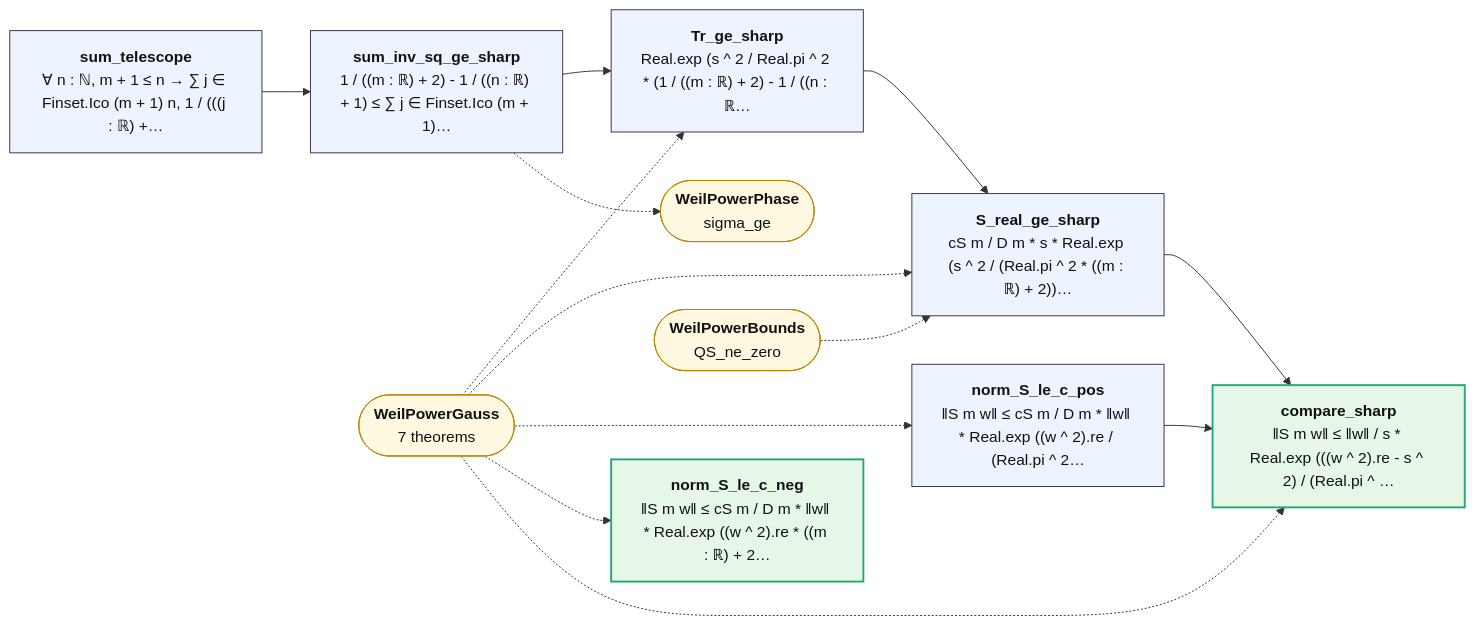
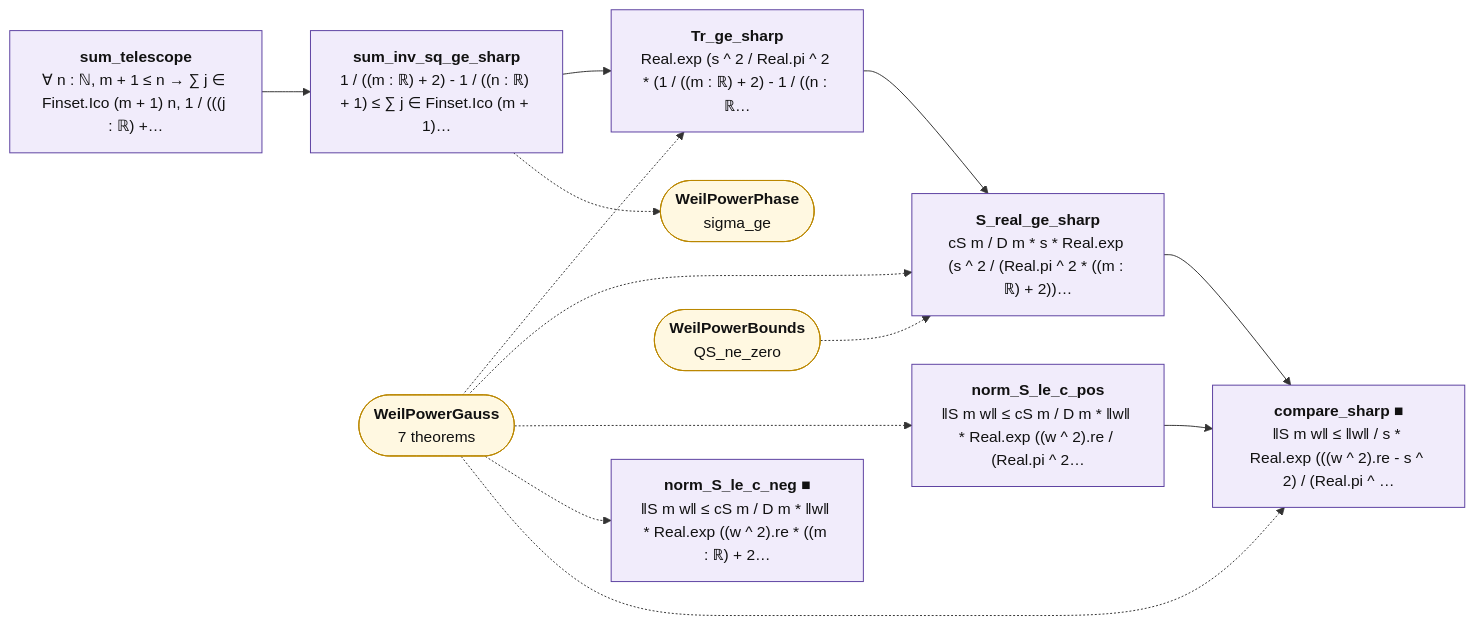
The diagram in map/lean_stage3/WeilPowerSharp.md (juliansambranojr/Primebeat_081426), drawn with Mermaid before and after one commit. The commit also changed other lines of this file and 398 other files, not shown here.

````diff
--- a/map/lean_stage3/WeilPowerSharp.md
+++ b/map/lean_stage3/WeilPowerSharp.md
@@ -12,30 +12,33 @@
 ```mermaid
 flowchart LR
-  n0["<b>sum_telescope</b><br/>∀ n : ℕ, m + 1 ≤ n → ∑ j ∈ Finset.Ico (m + 1) n, 1 / (((j : ℝ) +…"]:::thm
-  n1["<b>sum_inv_sq_ge_sharp</b><br/>1 / ((m : ℝ) + 2) - 1 / ((n : ℝ) + 1) ≤ ∑ j ∈ Finset.Ico (m + 1)…"]:::thm
-  n2["<b>Tr_ge_sharp</b><br/>Real.exp (s ^ 2 / Real.pi ^ 2 * (1 / ((m : ℝ) + 2) - 1 / ((n : ℝ…"]:::thm
-  n3["<b>S_real_ge_sharp</b><br/>cS m / D m * s * Real.exp (s ^ 2 / (Real.pi ^ 2 * ((m : ℝ) + 2))…"]:::thm
-  n4["<b>norm_S_le_c_pos</b><br/>‖S m w‖ ≤ cS m / D m * ‖w‖ * Real.exp ((w ^ 2).re / (Real.pi ^ 2…"]:::thm
-  n5["<b>norm_S_le_c_neg</b><br/>‖S m w‖ ≤ cS m / D m * ‖w‖ * Real.exp ((w ^ 2).re * ((m : ℝ) + 2…"]:::end_
-  n6["<b>compare_sharp</b><br/>‖S m w‖ ≤ ‖w‖ / s * Real.exp (((w ^ 2).re - s ^ 2) / (Real.pi ^ …"]:::end_
+  n0["<b>sum_telescope</b><br/>∀ n : ℕ, m + 1 ≤ n → ∑ j ∈ Finset.Ico (m + 1) n, 1 / (((j : ℝ) +…"]:::shp
+  n1["<b>sum_inv_sq_ge_sharp</b><br/>1 / ((m : ℝ) + 2) - 1 / ((n : ℝ) + 1) ≤ ∑ j ∈ Finset.Ico (m + 1)…"]:::shp
+  n2["<b>Tr_ge_sharp</b><br/>Real.exp (s ^ 2 / Real.pi ^ 2 * (1 / ((m : ℝ) + 2) - 1 / ((n : ℝ…"]:::shp
+  n3["<b>S_real_ge_sharp</b><br/>cS m / D m * s * Real.exp (s ^ 2 / (Real.pi ^ 2 * ((m : ℝ) + 2))…"]:::shp
+  n4["<b>norm_S_le_c_pos</b><br/>‖S m w‖ ≤ cS m / D m * ‖w‖ * Real.exp ((w ^ 2).re / (Real.pi ^ 2…"]:::shp
+  n5["<b>norm_S_le_c_neg ■</b><br/>‖S m w‖ ≤ cS m / D m * ‖w‖ * Real.exp ((w ^ 2).re * ((m : ℝ) + 2…"]:::shp
+  n6["<b>compare_sharp ■</b><br/>‖S m w‖ ≤ ‖w‖ / s * Real.exp (((w ^ 2).re - s ^ 2) / (Real.pi ^ …"]:::shp
   x0(["<b>WeilPowerPhase</b><br/>sigma_ge"]):::ext
   x1(["<b>WeilPowerGauss</b><br/>7 theorems"]):::ext
   x2(["<b>WeilPowerBounds</b><br/>QS_ne_zero"]):::ext
   n0 --> n1
   n1 --> n2
   n2 --> n3
   n3 --> n6
   n4 --> n6
   n1 -.-> x0
   x1 -.-> n2
   x1 -.-> n3
   x1 -.-> n4
   x1 -.-> n5
   x1 -.-> n6
   x2 -.-> n3
+  classDef cnt fill:#dff5ec,stroke:#17694a,color:#111
+  classDef shp fill:#f1ecfb,stroke:#5b3fa0,color:#111
+  classDef rh fill:#ffe5e5,stroke:#c22,color:#111,stroke-width:2px
   classDef thm fill:#eef4ff,stroke:#335,color:#111
   classDef end_ fill:#e7f7e7,stroke:#2a7,color:#111,stroke-width:2px
   classDef lone fill:#fff,stroke:#999,color:#111,stroke-dasharray:4 3
   classDef bad fill:#ffe5e5,stroke:#c22,color:#111,stroke-width:2px
   classDef ext fill:#fff8e1,stroke:#b80,color:#111
 ```
````
